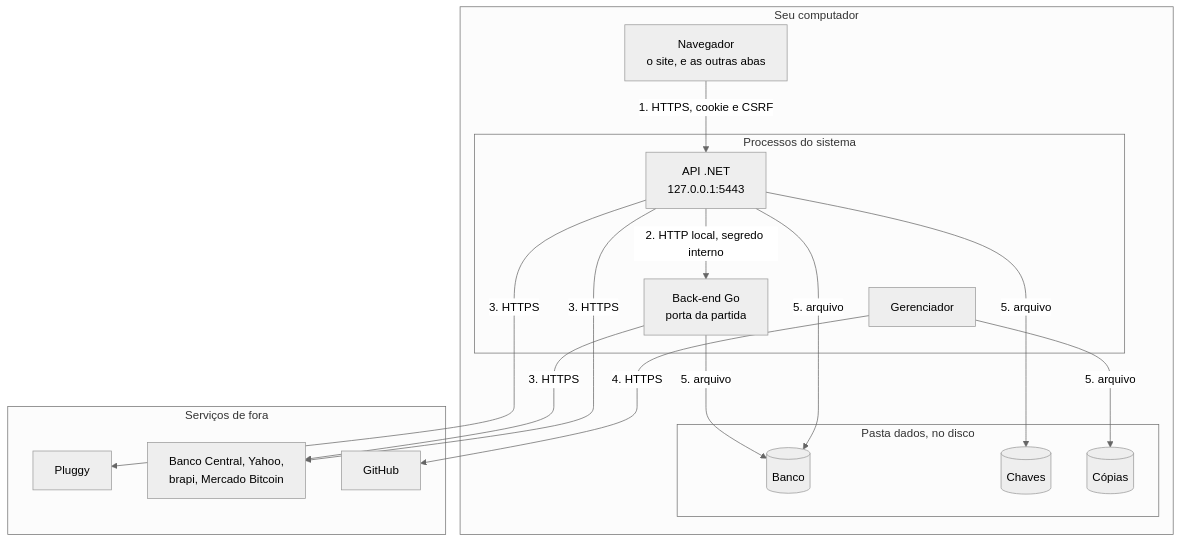
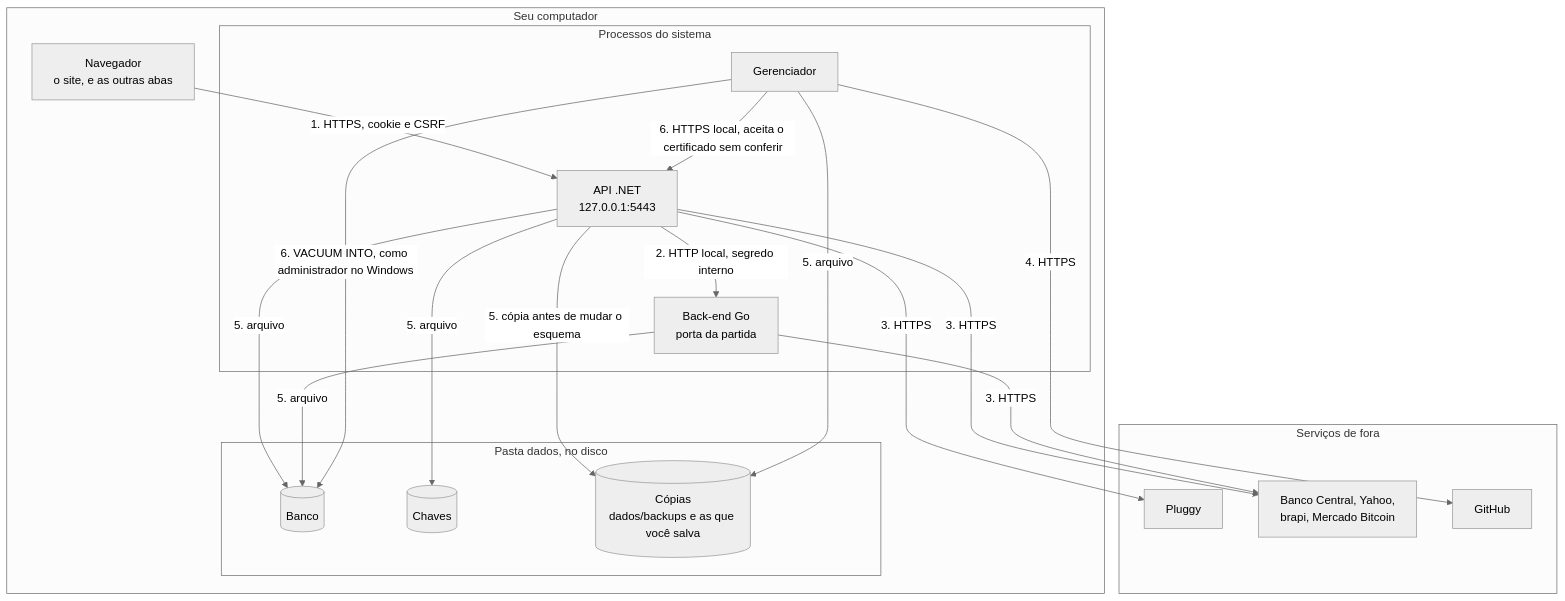
The diagram in docs/MODELO-DE-AMEACAS.md (LucasDesenvGit/financas-local), drawn with Mermaid (neutral theme) before and after one commit. The commit also changed other lines of this file and 10 other files, not shown here.

````diff
--- a/docs/MODELO-DE-AMEACAS.md
+++ b/docs/MODELO-DE-AMEACAS.md
@@ -24,35 +24,38 @@
 ```mermaid
 flowchart TB
     subgraph computador["Seu computador"]
         navegador["Navegador<br/>o site, e as outras abas"]
 
         subgraph processos["Processos do sistema"]
             api["API .NET<br/>127.0.0.1:5443"]
             go["Back-end Go<br/>porta da partida"]
             gerenciador["Gerenciador"]
         end
 
         subgraph disco["Pasta dados, no disco"]
             banco[("Banco")]
             chaves[("Chaves")]
-            copias[("Cópias")]
+            copias[("Cópias<br/>dados/backups e as que você salva")]
         end
     end
 
     subgraph internet["Serviços de fora"]
         pluggy["Pluggy"]
         cotacoes["Banco Central, Yahoo,<br/>brapi, Mercado Bitcoin"]
         github["GitHub"]
     end
 
     navegador -- "1. HTTPS, cookie e CSRF" --> api
     api -- "2. HTTP local, segredo interno" --> go
     api -- "3. HTTPS" --> pluggy
     api -- "3. HTTPS" --> cotacoes
     go -- "3. HTTPS" --> cotacoes
     gerenciador -- "4. HTTPS" --> github
     api -- "5. arquivo" --> banco
     go -- "5. arquivo" --> banco
     api -- "5. arquivo" --> chaves
+    api -- "5. cópia antes de mudar o esquema" --> copias
     gerenciador -- "5. arquivo" --> copias
+    gerenciador -- "6. HTTPS local, aceita o certificado sem conferir" --> api
+    gerenciador -- "6. VACUUM INTO, como administrador no Windows" --> banco
 ```
````
